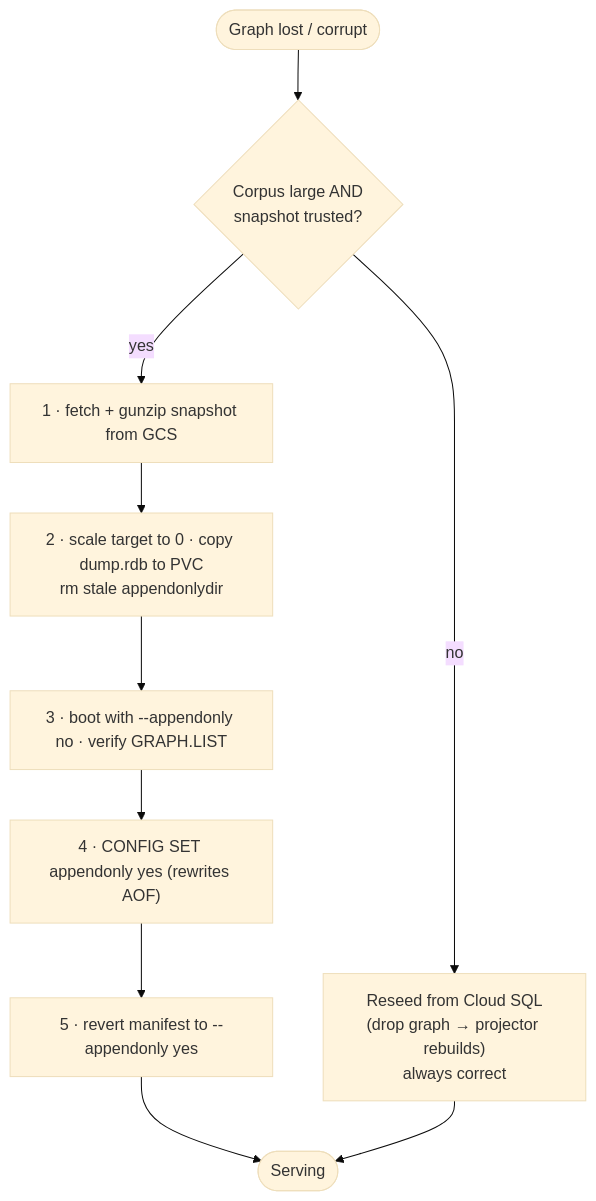
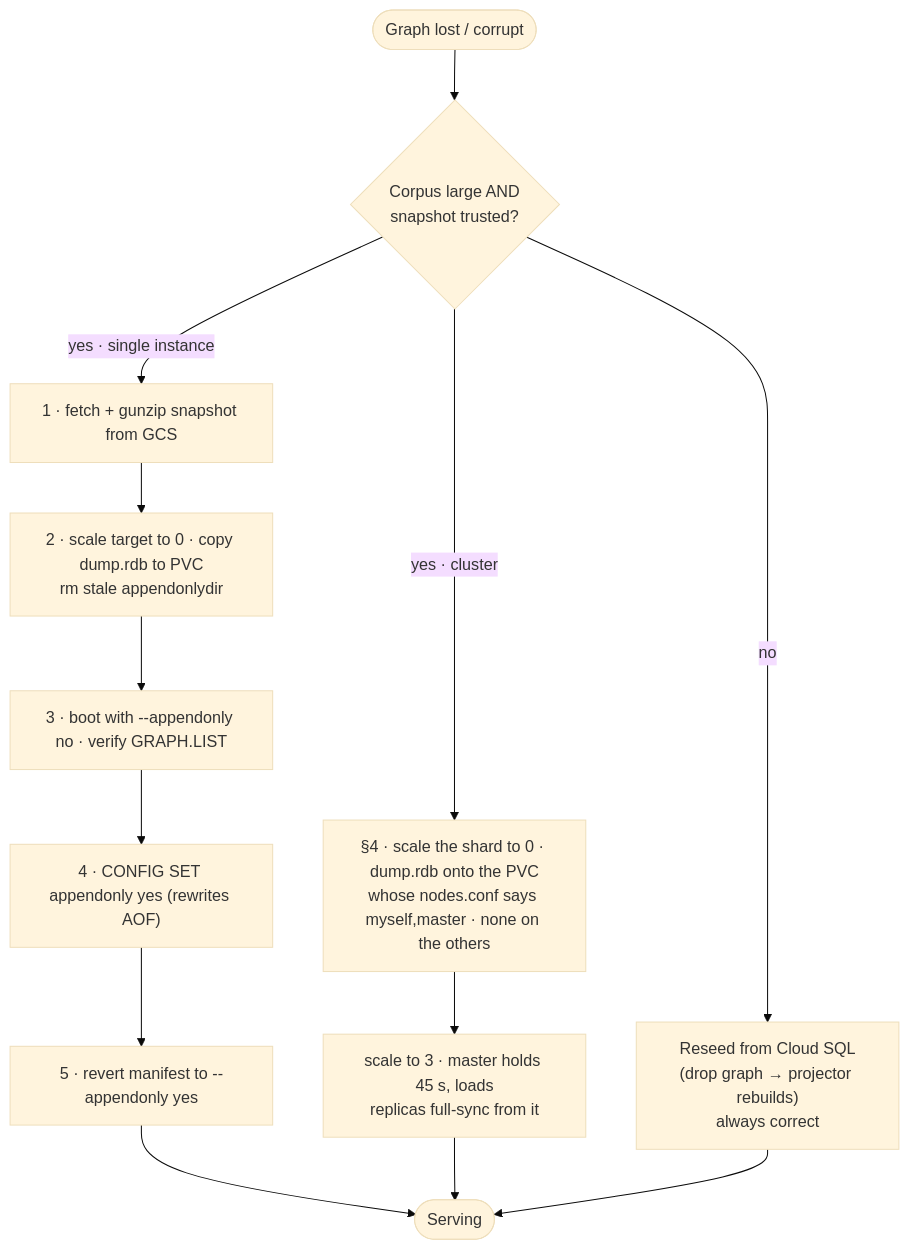
Before and after one commit to rkrumins/dataviz: the diagram in docs/FALKORDB_DR_RUNBOOK.md, drawn with Mermaid (base theme). The commit also changed other lines of this file and 26 other files, not shown here.

````diff
--- a/docs/FALKORDB_DR_RUNBOOK.md
+++ b/docs/FALKORDB_DR_RUNBOOK.md
@@ -56,12 +78,15 @@
 ```mermaid
 flowchart TD
     START(["Graph lost / corrupt"]) --> Q{"Corpus large AND<br/>snapshot trusted?"}
     Q -->|"no"| RESEED["Reseed from Cloud SQL<br/>(drop graph → projector rebuilds)<br/>always correct"]
-    Q -->|"yes"| F1["1 · fetch + gunzip snapshot from GCS"]
+    Q -->|"yes · single instance"| F1["1 · fetch + gunzip snapshot from GCS"]
     F1 --> F2["2 · scale target to 0 · copy dump.rdb to PVC<br/>rm stale appendonlydir"]
     F2 --> F3["3 · boot with --appendonly no · verify GRAPH.LIST"]
     F3 --> F4["4 · CONFIG SET appendonly yes (rewrites AOF)"]
     F4 --> F5["5 · revert manifest to --appendonly yes"]
     F5 --> DONE(["Serving"])
+    Q -->|"yes · cluster"| C1["§4 · scale the shard to 0 · dump.rdb onto the PVC<br/>whose nodes.conf says myself,master · none on the others"]
+    C1 --> C2["scale to 3 · master holds 45 s, loads<br/>replicas full-sync from it"]
+    C2 --> DONE
     RESEED --> DONE
 ```
````
